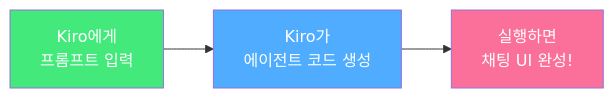
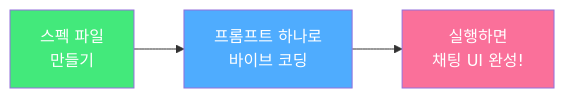
Before and after one commit to rornfdlek/kiro-workshop-gsretail-gitbook: the diagram in module5-strands-agent/README.md, drawn with Mermaid. The commit also changed other lines of this file and 1 other file, not shown here.

First line of the commit message:
Module 5를 spec-driven에서 바이브 코딩 방식으로 전환

````diff
--- a/module5-strands-agent/README.md
+++ b/module5-strands-agent/README.md
@@ -11,9 +11,9 @@
 ```mermaid
 graph LR
-    A["Kiro에게<br/>프롬프트 입력"] --> B["Kiro가<br/>에이전트 코드 생성"]
+    A["스펙 파일<br/>만들기"] --> B["프롬프트 하나로<br/>바이브 코딩"]
     B --> C["실행하면<br/>채팅 UI 완성!"]
 
     style A fill:#43e97b,color:#fff
     style B fill:#4facfe,color:#fff
     style C fill:#fa709a,color:#fff
 ```
````
